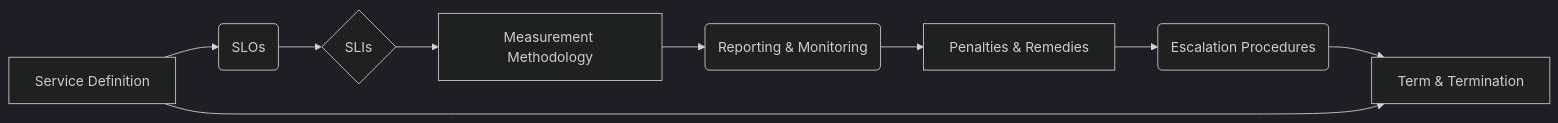
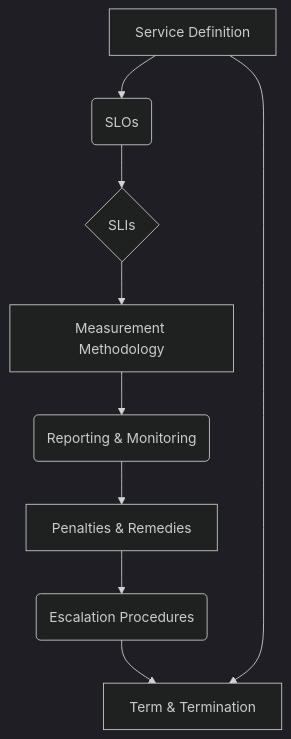
Before and after one commit to muthuspark/system-design: the diagram in posts/high-availability/service-level-agreements/index.qmd, drawn with Mermaid (dark theme). The commit also changed other lines of this file and 302 other files, not shown here.

````diff
--- a/posts/high-availability/service-level-agreements/index.qmd
+++ b/posts/high-availability/service-level-agreements/index.qmd
@@ -46,11 +46,11 @@
 ```{mermaid}
-graph LR
+graph TB
     A[Service Definition] --> B(SLOs);
     B --> C{SLIs};
     C --> D[Measurement Methodology];
     D --> E(Reporting & Monitoring);
     E --> F[Penalties & Remedies];
     F --> G(Escalation Procedures);
     G --> H[Term & Termination];
     A --> H;
 ```
````
